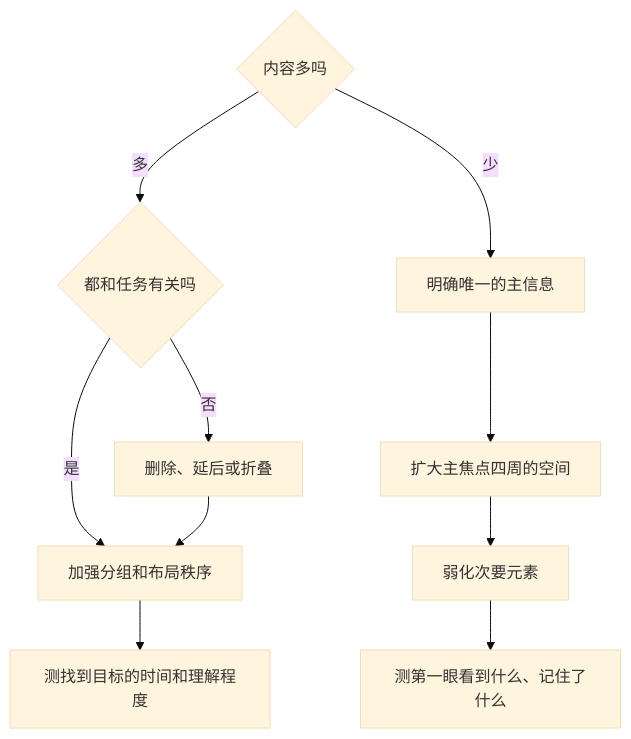
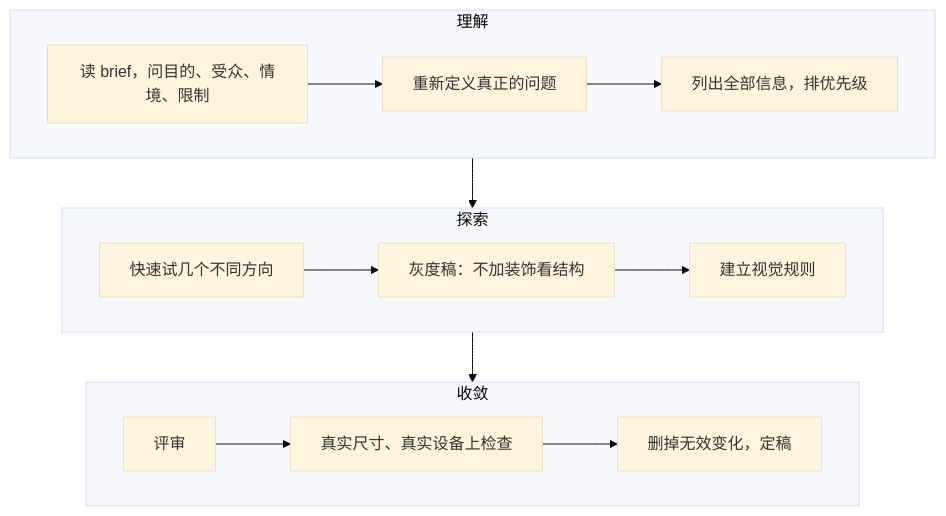
The second of 4 diagrams in skills/study-guide/examples/visual-design-basics/output/guide.md (antonailog/skills), drawn with Mermaid (base theme) before and after one commit. The commit also changed other lines of this file and 11 other files, not shown here.

````diff
--- a/skills/study-guide/examples/visual-design-basics/output/guide.md
+++ b/skills/study-guide/examples/visual-design-basics/output/guide.md
@@ -210,12 +91,16 @@
 ```mermaid
 flowchart TD
-    A{"内容多吗"} -->|"多"| B{"都和任务有关吗"}
-    A -->|"少"| F["明确唯一的主信息"]
-    B -->|"否"| C["删除、延后或折叠"]
-    B -->|"是"| D["加强分组和布局秩序"]
-    C --> D
-    D --> E["测找到目标的时间和理解程度"]
-    F --> G["扩大主焦点四周的空间"]
-    G --> H["弱化次要元素"]
-    H --> I["测第一眼看到什么、记住了什么"]
+    subgraph s1 ["理解"]
+        direction LR
+        A["读 brief，问目的、受众、情境、限制"] --> B["重新定义真正的问题"] --> C["列出全部信息，排优先级"]
+    end
+    subgraph s2 ["探索"]
+        direction LR
+        D["快速试几个不同方向"] --> E["灰度稿：不加装饰看结构"] --> F["建立视觉规则"]
+    end
+    subgraph s3 ["收敛"]
+        direction LR
+        G["评审"] --> H["真实尺寸、真实设备上检查"] --> I["删掉无效变化，定稿"]
+    end
+    s1 --> s2 --> s3
 ```
````
